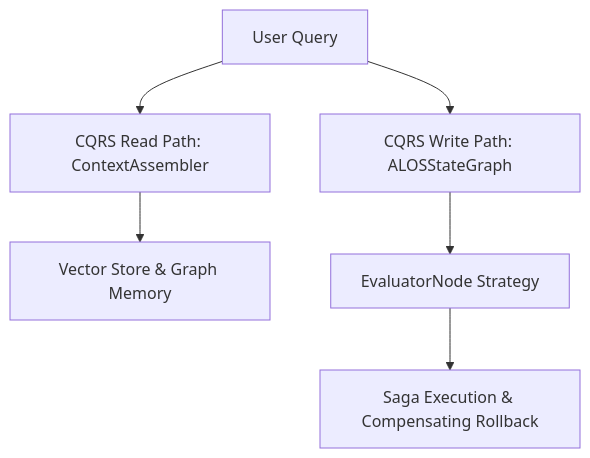
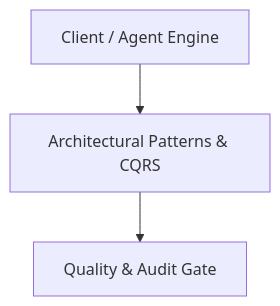
Before and after one commit to brandon-fox/alos: the diagram in specs/18-architectural-patterns-and-cqrs/plan.md, drawn with Mermaid. The commit also changed other lines of this file and 48 other files, not shown here.

````diff
--- a/specs/18-architectural-patterns-and-cqrs/plan.md
+++ b/specs/18-architectural-patterns-and-cqrs/plan.md
@@ -3,9 +5,5 @@
 ```mermaid
 graph TD
-    User[User Query] --> ReadPath[CQRS Read Path: ContextAssembler]
-    ReadPath --> Memory[Vector Store & Graph Memory]
-
-    User --> WritePath[CQRS Write Path: ALOSStateGraph]
-    WritePath --> Evaluator[EvaluatorNode Strategy]
-    Evaluator --> Saga[Saga Execution & Compensating Rollback]
+    Client[Client / Agent Engine] --> Component[Architectural Patterns & CQRS]
+    Component --> QualityGate[Quality & Audit Gate]
 ```
````
